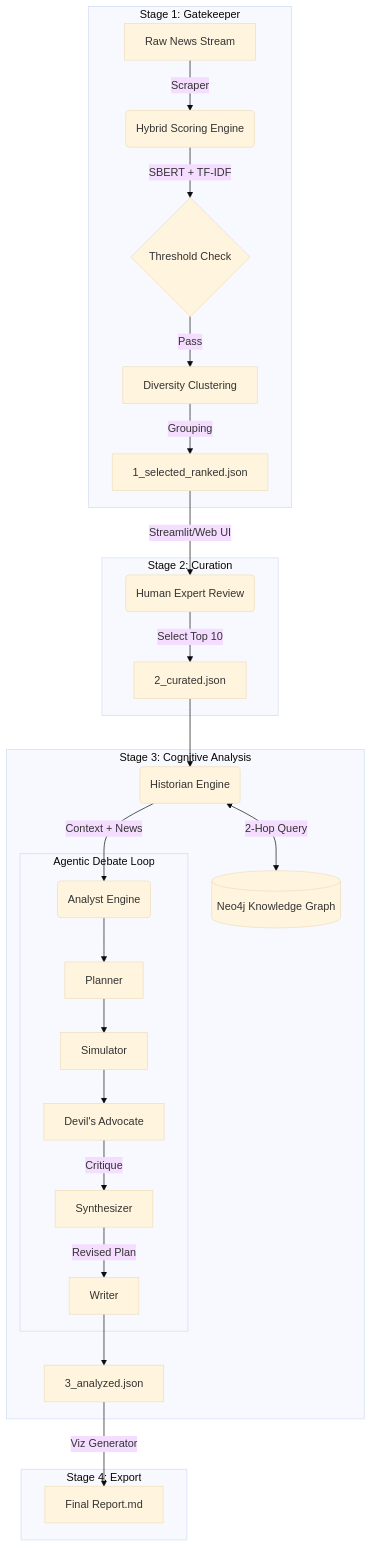
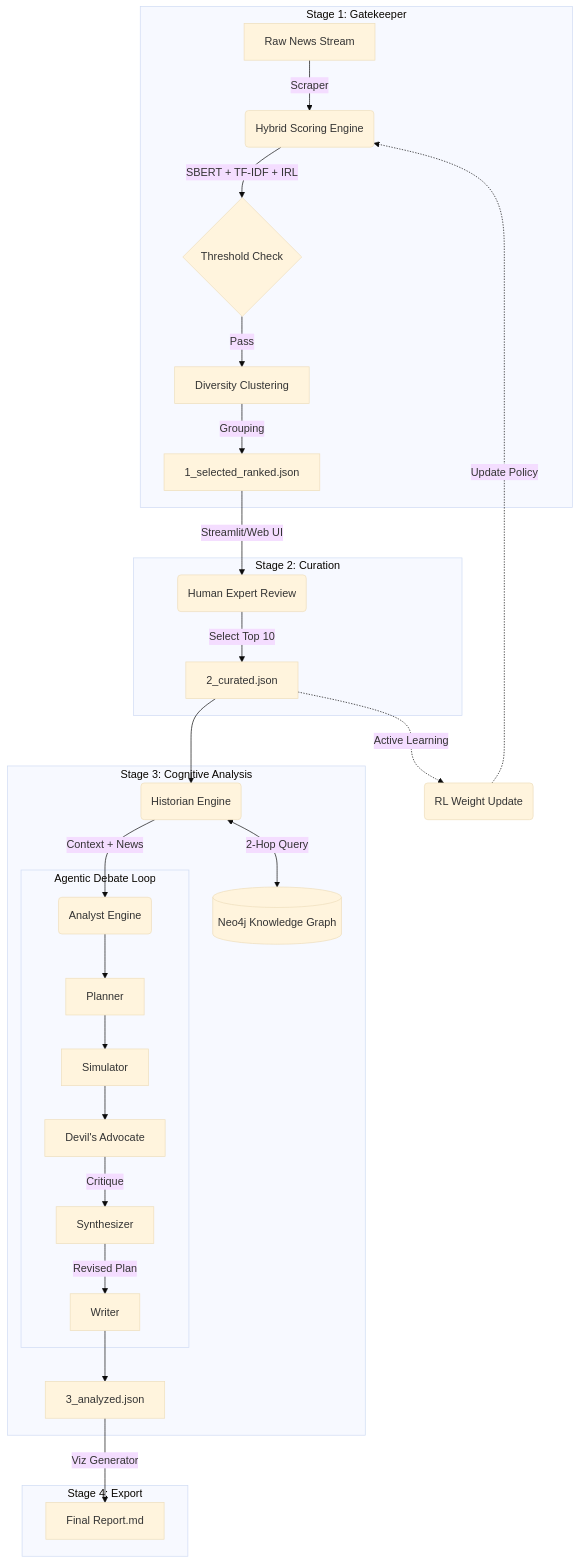
The diagram in README.md (lemonzamong/Autowein), drawn with Mermaid (base theme) before and after one commit. The commit also changed other lines of this file and 6 other files, not shown here.

Commit message:
IRL learning update

````diff
--- a/README.md
+++ b/README.md
@@ -13,34 +13,38 @@
 ```mermaid
 graph TD
     subgraph Stage 1: Gatekeeper
     A[Raw News Stream] -->|Scraper| B(Hybrid Scoring Engine)
-    B -->|SBERT + TF-IDF| C{Threshold Check}
+    B -->|SBERT + TF-IDF + IRL| C{Threshold Check}
     C -->|Pass| D[Diversity Clustering]
     D -->|Grouping| E[1_selected_ranked.json]
     end
 
     subgraph Stage 2: Curation
     E -->|Streamlit/Web UI| F(Human Expert Review)
     F -->|Select Top 10| G[2_curated.json]
     end
+
+    %% Active Learning Loop
+    G -.->|Active Learning| Lrn(RL Weight Update)
+    Lrn -.->|Update Policy| B
 
     subgraph Stage 3: Cognitive Analysis
     G --> H(Historian Engine)
     H <-->|2-Hop Query| I[(Neo4j Knowledge Graph)]
     H -->|Context + News| J(Analyst Engine)
     
     subgraph Agentic Debate Loop
     J --> K[Planner]
     K --> L[Simulator]
     L --> M[Devil's Advocate]
     M -->|Critique| N[Synthesizer]
     N -->|Revised Plan| O[Writer]
     end
     
     O --> P[3_analyzed.json]
     end
 
     subgraph Stage 4: Export
     P -->|Viz Generator| Q[Final Report.md]
     end
 ```
````
